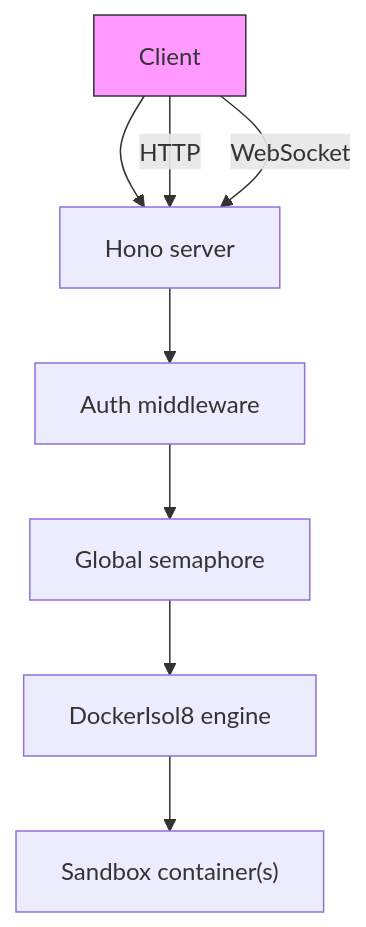
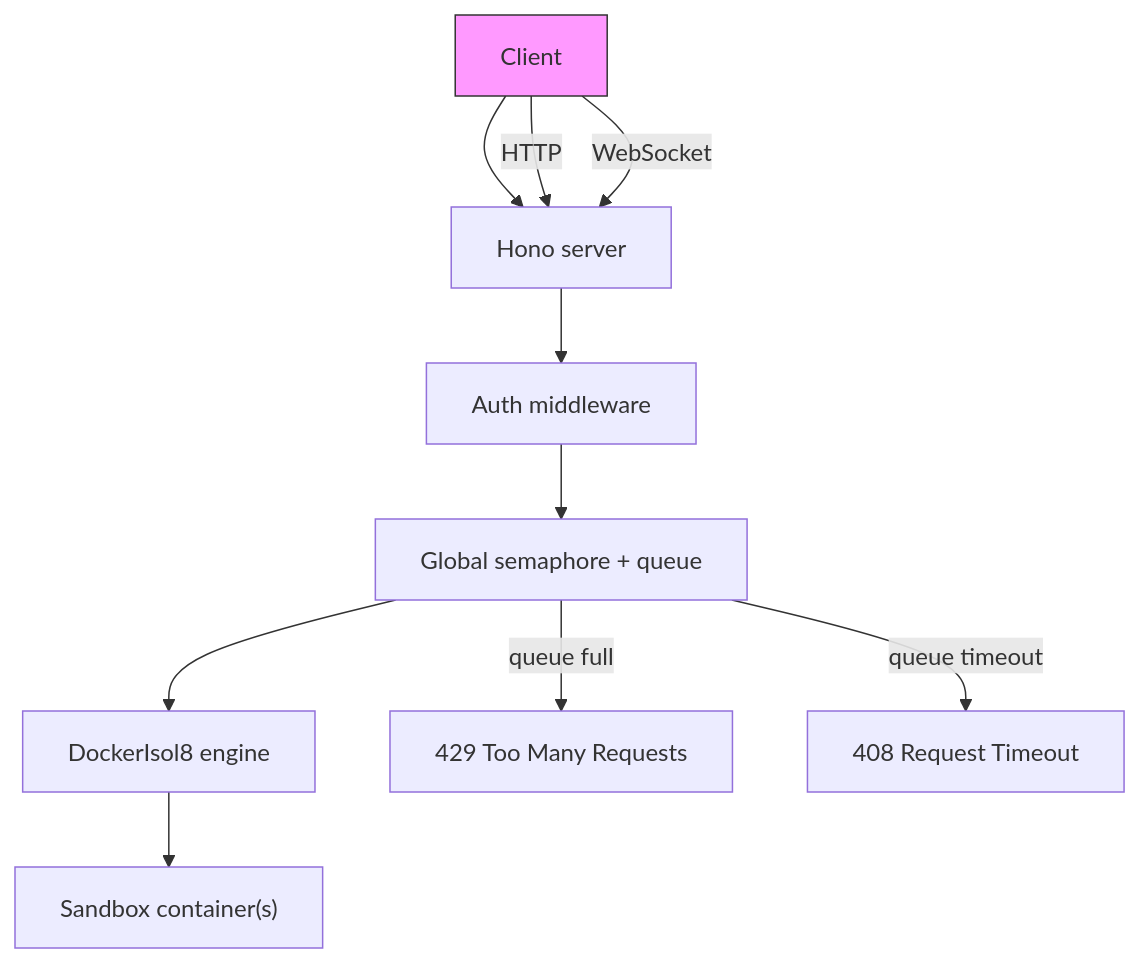
One commit to Illusion47586/isol8 changed the diagram in apps/docs/server/overview.mdx. Above: the diagram before and after it, drawn with Mermaid. The commit also changed other lines of this file and 15 other files, not shown here.

````diff
--- a/apps/docs/server/overview.mdx
+++ b/apps/docs/server/overview.mdx
@@ -36,12 +39,14 @@
 ```mermaid
 flowchart TD
   A["Client"] --> B["Hono server"]
   B --> C["Auth middleware"]
-  C --> D["Global semaphore"]
+  C --> D["Global semaphore + queue"]
   D --> E["DockerIsol8 engine"]
   E --> F["Sandbox container(s)"]
+  D -- "queue full" --> G["429 Too Many Requests"]
+  D -- "queue timeout" --> H["408 Request Timeout"]
 
   style A fill:#f9f,stroke:#333
   A -- "HTTP" --> B
   A -- "WebSocket" --> B
 ```
````
